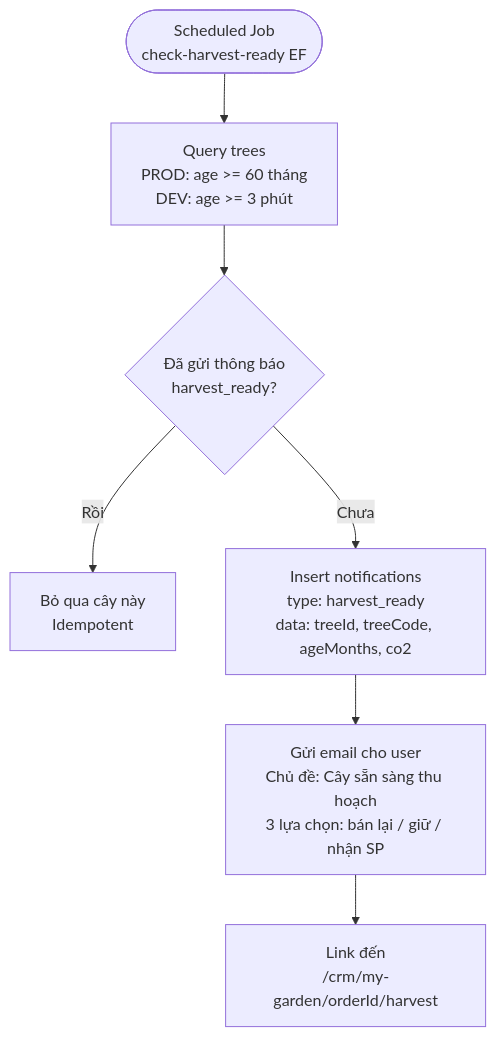
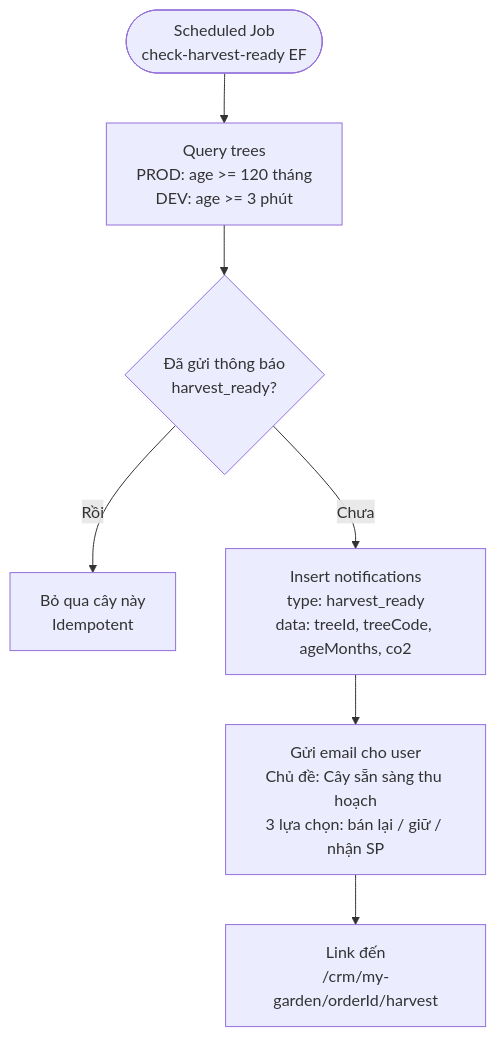
One commit to deptrai/dainganxanh changed the second of 2 diagrams in docs/userflows/04-tree-tracking.md. Above: the diagram before and after it, drawn with Mermaid. The commit also changed other lines of this file and 14 other files, not shown here.

````diff
--- a/docs/userflows/04-tree-tracking.md
+++ b/docs/userflows/04-tree-tracking.md
@@ -44,9 +44,9 @@
 ```mermaid
 flowchart TD
-    Cron([Scheduled Job\ncheck-harvest-ready EF]) --> QueryTrees[Query trees\nPROD: age >= 60 tháng\nDEV: age >= 3 phút]
+    Cron([Scheduled Job\ncheck-harvest-ready EF]) --> QueryTrees[Query trees\nPROD: age >= 120 tháng\nDEV: age >= 3 phút]
     QueryTrees --> CheckNotif{Đã gửi thông báo\nharvest_ready?}
     CheckNotif -->|Rồi| Skip[Bỏ qua cây này\nIdempotent]
     CheckNotif -->|Chưa| InsertNotif[Insert notifications\ntype: harvest_ready\ndata: treeId, treeCode, ageMonths, co2]
     InsertNotif --> SendEmail[Gửi email cho user\nChủ đề: Cây sẵn sàng thu hoạch\n3 lựa chọn: bán lại / giữ / nhận SP]
     SendEmail --> LinkHarvest[Link đến\n/crm/my-garden/orderId/harvest]
 ```
````
